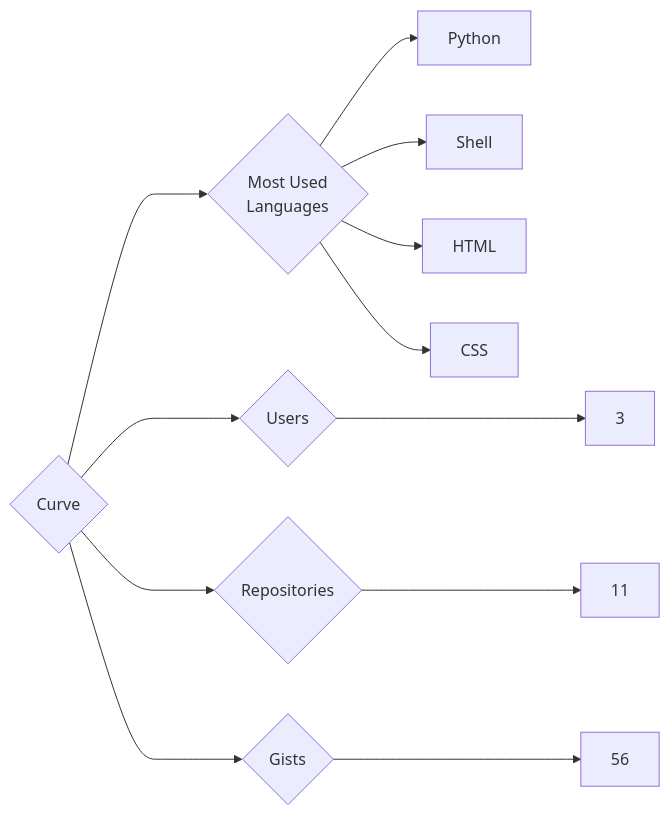
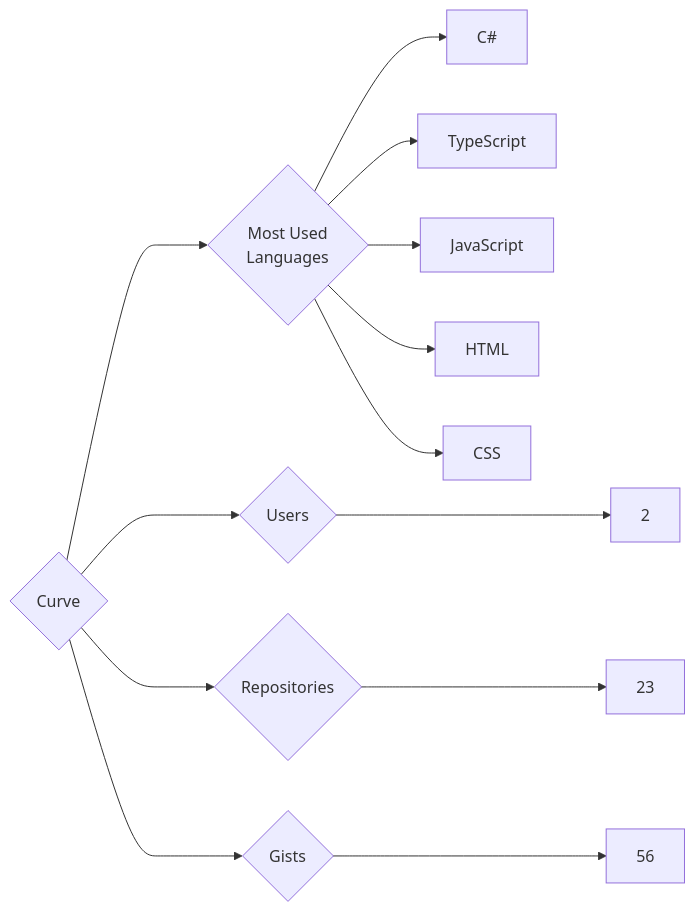
One commit to trickest/insiders changed the diagram in targets/Curve/README.md. Above: the diagram before and after it, drawn with Mermaid. The commit also changed 1167 other files, not shown here.

````diff
--- a/targets/Curve/README.md
+++ b/targets/Curve/README.md
@@ -3,12 +3,13 @@
 ```mermaid
 graph LR
 COMPANY_NAME{Curve}
-COMPANY_NAME ---> U{Users} ---> UN[3]
-COMPANY_NAME ---> R{Repositories} ---> RN[11]
+COMPANY_NAME ---> U{Users} ---> UN[2]
+COMPANY_NAME ---> R{Repositories} ---> RN[23]
 COMPANY_NAME ---> G{Gists} ---> GN[56]
 COMPANY_NAME ---> ML{Most Used<br>Languages}
-ML --> Python[Python]
-ML --> Shell[Shell]
+ML --> C#[C#]
+ML --> TypeScript[TypeScript]
+ML --> JavaScript[JavaScript]
 ML --> HTML[HTML]
 ML --> CSS[CSS]
 ```
````
